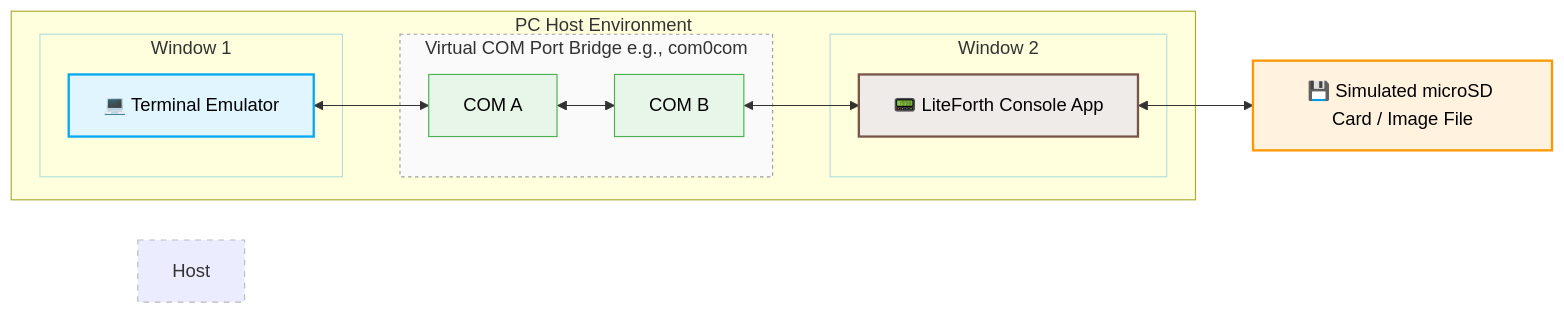
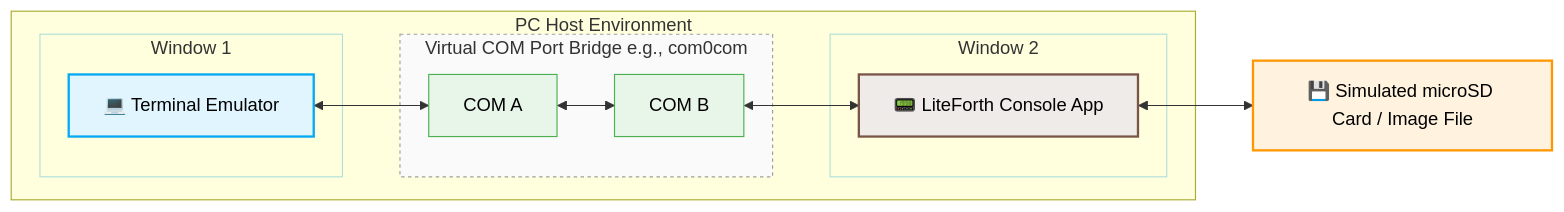
Before and after one commit to bradleyeckert/LiteForth: the second of 2 diagrams in README.md, drawn with Mermaid. The commit also changed other lines of this file, not shown here.

````diff
--- a/README.md
+++ b/README.md
@@ -44,40 +44,40 @@
 ```mermaid
 flowchart LR
     %% Components
     subgraph Host System [PC Host Environment]
         %% Software Windows
         subgraph Win1 [Window 1]
             Term[💻 Terminal Emulator]
         end
 
         subgraph Win2 [Window 2]
             LF[📟 LiteForth Console App]
         end
 
         %% Virtual Connection Bridge
         subgraph VCom [Virtual COM Port Bridge e.g., com0com]
             PortA[COM A] <--> PortB[COM B]
         end
     end
 
     %% File System Integration
     SD[💾 Simulated microSD Card / Image File]
 
     %% Data Flow Connections
     Term <--> PortA
     PortB <--> LF
     LF <--> SD
 
     %% Styling
     style Term fill:#e1f5fe,stroke:#03a9f4,stroke-width:2px,color:#000
     style LF fill:#efebe9,stroke:#795548,stroke-width:2px,color:#000
     style SD fill:#fff3e0,stroke:#ff9800,stroke-width:2px,color:#000
     style PortA fill:#e8f5e9,stroke:#4caf50,color:#000
     style PortB fill:#e8f5e9,stroke:#4caf50,color:#000
     
     %% Bounding Box Styling
-    style Host System fill:none,stroke:#bbb,stroke-dasharray: 5 5
+    %% style Host System fill:none,stroke:#bbb,stroke-dasharray: 5 5
     style Win1 fill:none,stroke:#b2dfdb
     style Win2 fill:none,stroke:#b2dfdb
     style VCom fill:#fafafa,stroke:#9e9e9e,stroke-dasharray: 3 3
 ```
````
